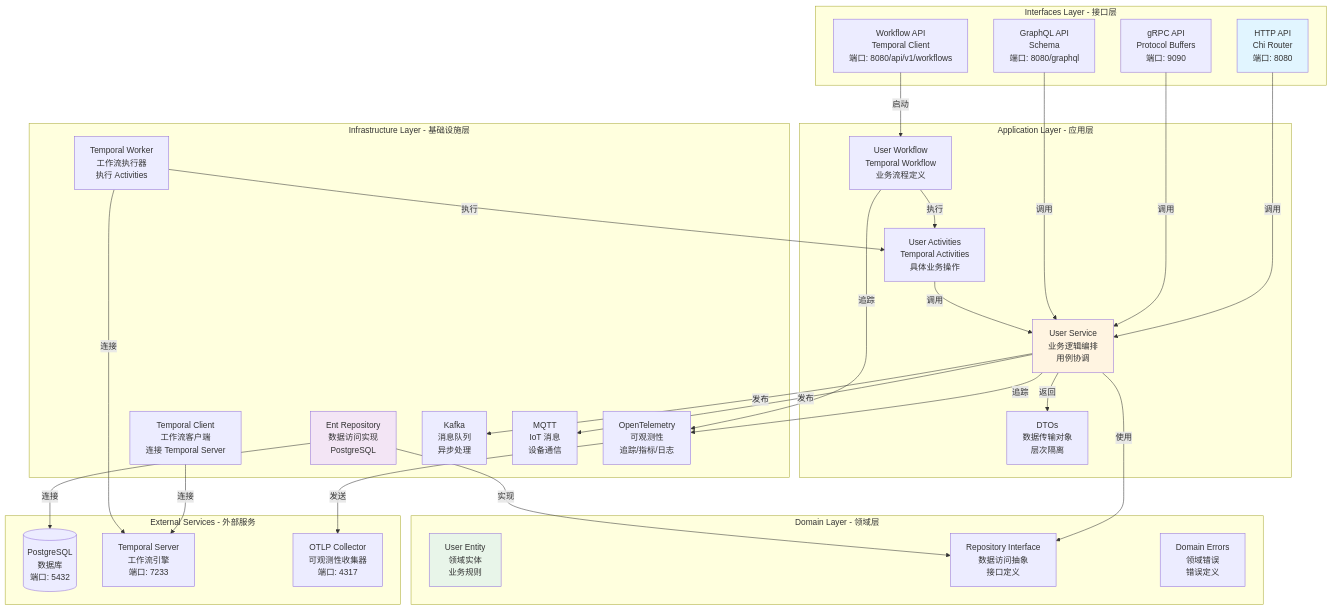
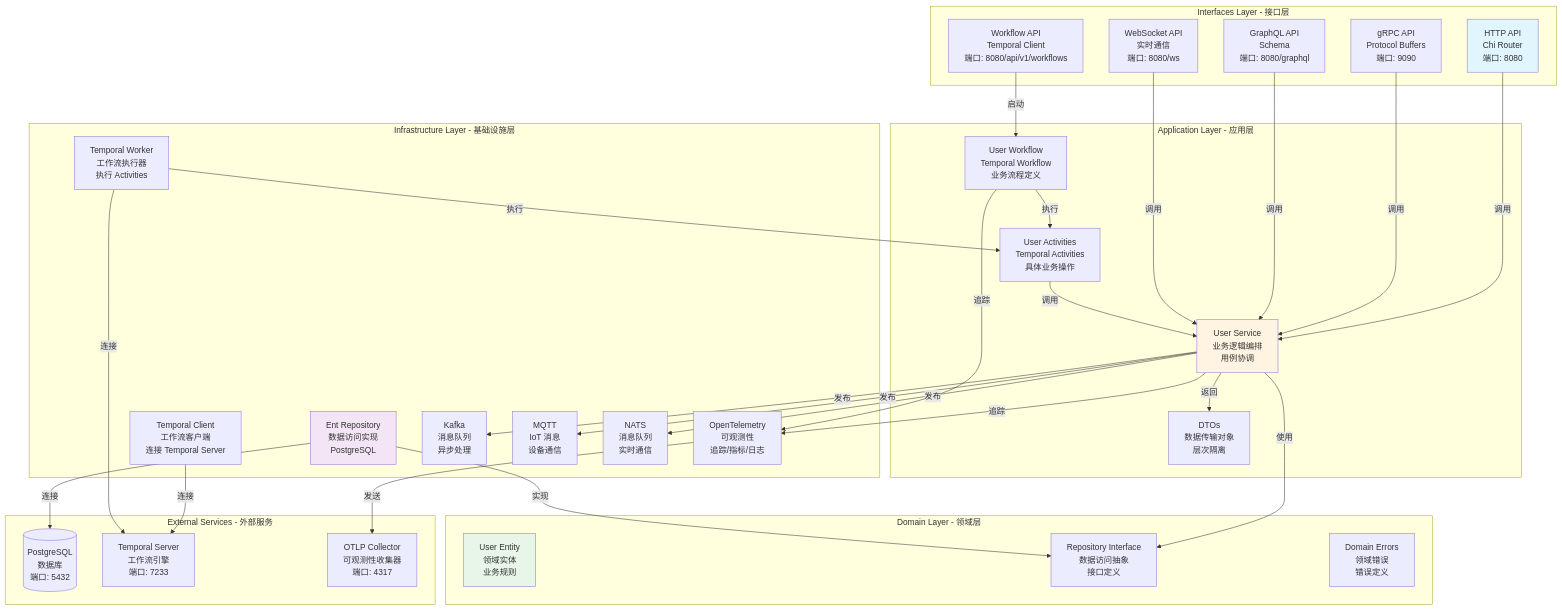
The second of 13 diagrams in docs/architecture/00-知识图谱.md (AdaMartin18010/golang), drawn with Mermaid before and after one commit. The commit also changed other lines of this file and 61 other files, not shown here.

````diff
--- a/docs/architecture/00-知识图谱.md
+++ b/docs/architecture/00-知识图谱.md
@@ -151,66 +151,70 @@
 ```mermaid
 graph TB
     subgraph "Interfaces Layer - 接口层"
         HTTP[HTTP API<br/>Chi Router<br/>端口: 8080]
         gRPC[gRPC API<br/>Protocol Buffers<br/>端口: 9090]
         GraphQL[GraphQL API<br/>Schema<br/>端口: 8080/graphql]
+        WS[WebSocket API<br/>实时通信<br/>端口: 8080/ws]
         WorkflowAPI[Workflow API<br/>Temporal Client<br/>端口: 8080/api/v1/workflows]
     end
 
     subgraph "Application Layer - 应用层"
         UserService[User Service<br/>业务逻辑编排<br/>用例协调]
         UserWorkflow[User Workflow<br/>Temporal Workflow<br/>业务流程定义]
         UserActivities[User Activities<br/>Temporal Activities<br/>具体业务操作]
         DTOs[DTOs<br/>数据传输对象<br/>层次隔离]
     end
 
     subgraph "Domain Layer - 领域层"
         UserEntity[User Entity<br/>领域实体<br/>业务规则]
         Repository[Repository Interface<br/>数据访问抽象<br/>接口定义]
         DomainErrors[Domain Errors<br/>领域错误<br/>错误定义]
     end
 
     subgraph "Infrastructure Layer - 基础设施层"
         EntRepo[Ent Repository<br/>数据访问实现<br/>PostgreSQL]
         TemporalClient[Temporal Client<br/>工作流客户端<br/>连接 Temporal Server]
         TemporalWorker[Temporal Worker<br/>工作流执行器<br/>执行 Activities]
         OTLP[OpenTelemetry<br/>可观测性<br/>追踪/指标/日志]
         Kafka[Kafka<br/>消息队列<br/>异步处理]
         MQTT[MQTT<br/>IoT 消息<br/>设备通信]
+        NATS[NATS<br/>消息队列<br/>实时通信]
     end
 
     subgraph "External Services - 外部服务"
         PostgreSQL[(PostgreSQL<br/>数据库<br/>端口: 5432)]
         TemporalServer[Temporal Server<br/>工作流引擎<br/>端口: 7233]
         OTLPCollector[OTLP Collector<br/>可观测性收集器<br/>端口: 4317]
     end
 
     HTTP -->|调用| UserService
     gRPC -->|调用| UserService
     GraphQL -->|调用| UserService
+    WS -->|调用| UserService
     WorkflowAPI -->|启动| UserWorkflow
 
     UserService -->|使用| Repository
     UserService -->|返回| DTOs
     UserWorkflow -->|执行| UserActivities
     UserActivities -->|调用| UserService
 
     EntRepo -->|实现| Repository
     EntRepo -->|连接| PostgreSQL
 
     TemporalClient -->|连接| TemporalServer
     TemporalWorker -->|连接| TemporalServer
     TemporalWorker -->|执行| UserActivities
 
     UserService -->|追踪| OTLP
     UserWorkflow -->|追踪| OTLP
     OTLP -->|发送| OTLPCollector
 
     UserService -->|发布| Kafka
     UserService -->|发布| MQTT
+    UserService -->|发布| NATS
 
     style HTTP fill:#e1f5ff
     style UserService fill:#fff4e1
     style UserEntity fill:#e8f5e9
     style EntRepo fill:#f3e5f5
 ```
````
